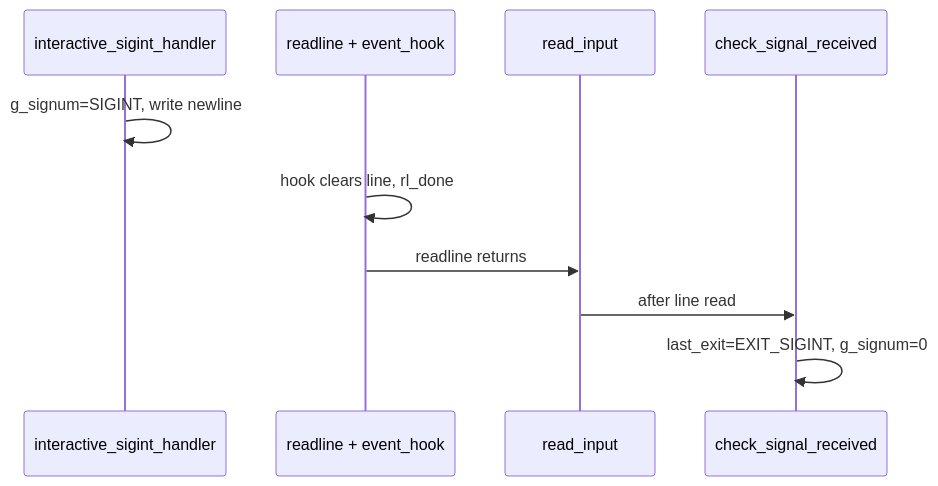
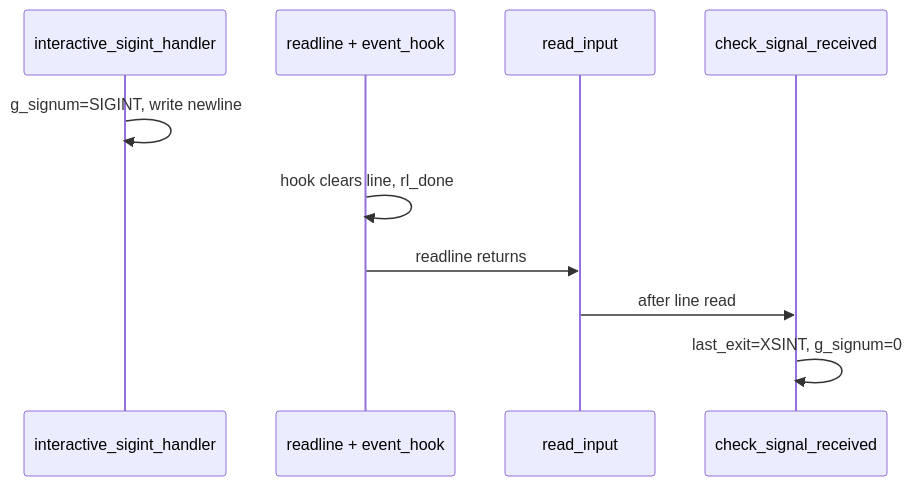
The fourth of 14 diagrams in docs/MINISHELL_ARCHITECTURE.md (gkhavari/minishell), drawn with Mermaid before and after one commit. The commit also changed other lines of this file and 9 other files, not shown here.

````diff
--- a/docs/MINISHELL_ARCHITECTURE.md
+++ b/docs/MINISHELL_ARCHITECTURE.md
@@ -245,12 +245,12 @@
 ```mermaid
 sequenceDiagram
     participant H as interactive_sigint_handler
     participant RL as readline + event_hook
     participant RI as read_input
     participant CS as check_signal_received
     H->>H: g_signum=SIGINT, write newline
     RL->>RL: hook clears line, rl_done
     RL->>RI: readline returns
     RI->>CS: after line read
-    CS->>CS: last_exit=EXIT_SIGINT, g_signum=0
+    CS->>CS: last_exit=XSINT, g_signum=0
 ```
````
